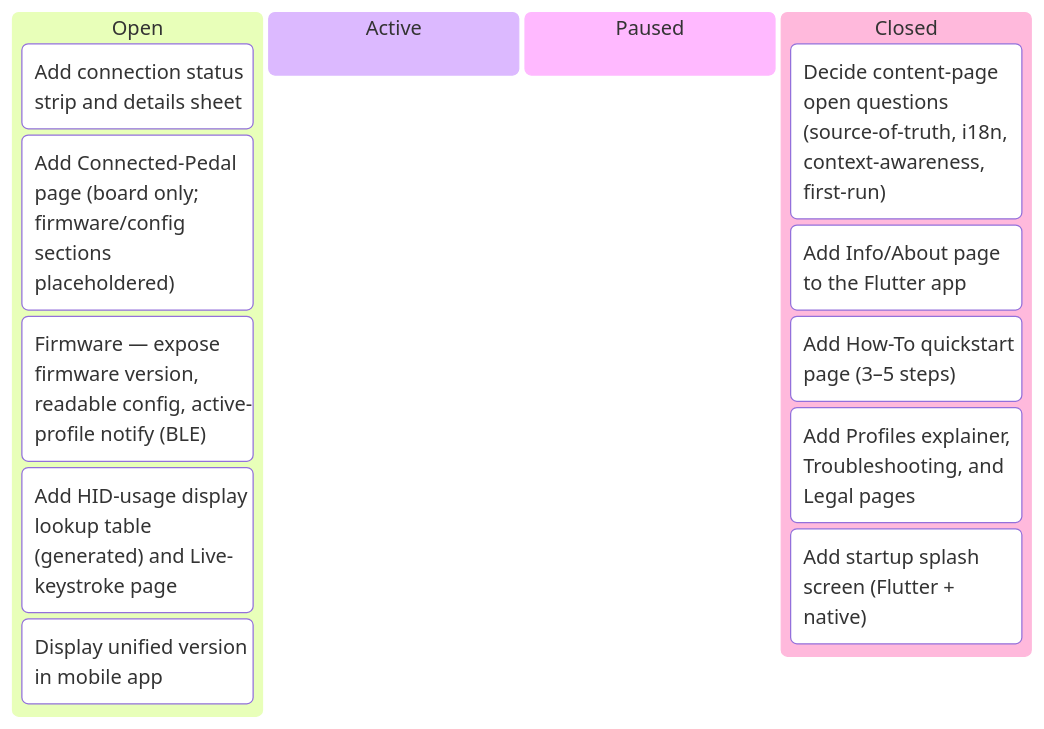
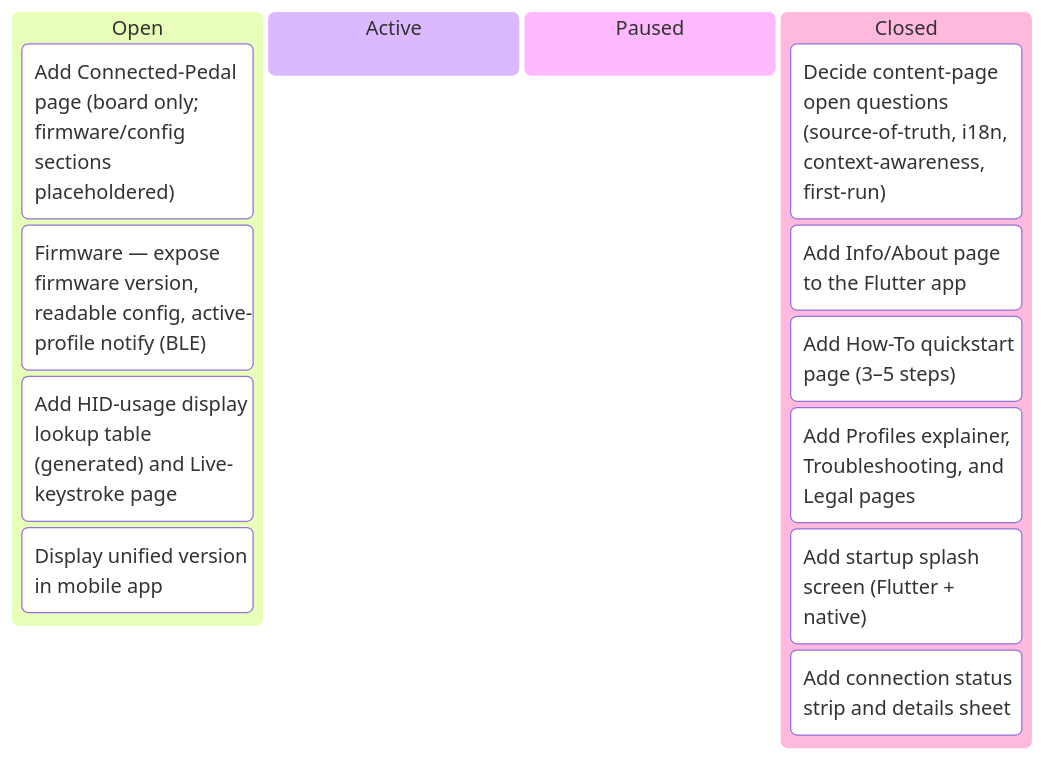
One commit to tgd1975/AwesomeStudioPedal changed the first of 7 diagrams in docs/developers/tasks/KANBAN.md. Above: the diagram before and after it, drawn with Mermaid. The commit also changed other lines of this file and 15 other files, not shown here.

First line of the commit message:
close TASK-335: Add connection status strip and details sheet

````diff
--- a/docs/developers/tasks/KANBAN.md
+++ b/docs/developers/tasks/KANBAN.md
@@ -11,17 +11,17 @@
 ```mermaid
 kanban
   Open
-    TASK_335["Add connection status strip and details sheet"]
     TASK_336["Add Connected-Pedal page (board only; firmware/config sections placeholdered)"]
     TASK_337["Firmware — expose firmware version, readable config, active-profile notify (BLE)"]
     TASK_338["Add HID-usage display lookup table (generated) and Live-keystroke page"]
     TASK_349["Display unified version in mobile app"]
   Active
   Paused
   Closed
     TASK_330["Decide content-page open questions (source-of-truth, i18n, context-awareness, first-run)"]
     TASK_331["Add Info/About page to the Flutter app"]
     TASK_332["Add How-To quickstart page (3–5 steps)"]
     TASK_333["Add Profiles explainer, Troubleshooting, and Legal pages"]
     TASK_334["Add startup splash screen (Flutter + native)"]
+    TASK_335["Add connection status strip and details sheet"]
 ```
````
